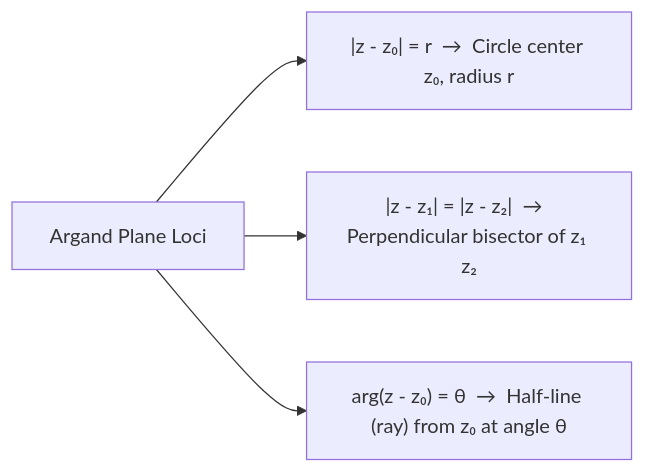
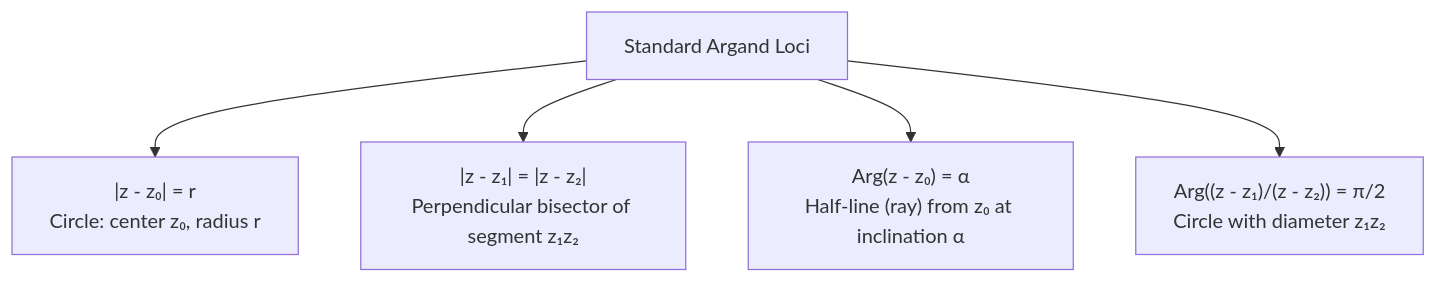
The third of 3 diagrams in 01 - Maths/Lesson 04 - Complex Numbers.md (zenyyxz/Zen_dx-Notes), drawn with Mermaid before and after one commit. The commit also changed other lines of this file and 1 other file, not shown here.

````diff
--- a/01 - Maths/Lesson 04 - Complex Numbers.md
+++ b/01 - Maths/Lesson 04 - Complex Numbers.md
@@ -42,6 +225,7 @@
 ```mermaid
-graph LR
-    Loci["Argand Plane Loci"] --> Circle["|z - z₀| = r  →  Circle center z₀, radius r"]
-    Loci --> Bisector["|z - z₁| = |z - z₂|  →  Perpendicular bisector of z₁ z₂"]
-    Loci --> Ray["arg(z - z₀) = θ  →  Half-line (ray) from z₀ at angle θ"]
+graph TD
+    Loci["Standard Argand Loci"] --> Circle["|z - z₀| = r<br>Circle: center z₀, radius r"]
+    Loci --> Bisector["|z - z₁| = |z - z₂|<br>Perpendicular bisector of segment z₁z₂"]
+    Loci --> Ray["Arg(z - z₀) = α<br>Half-line (ray) from z₀ at inclination α"]
+    Loci --> Segment["Arg((z - z₁)/(z - z₂)) = π/2<br>Circle with diameter z₁z₂"]
 ```
````
